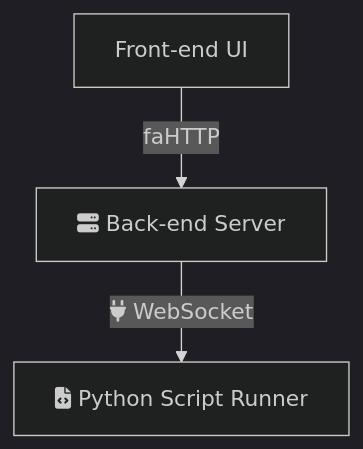
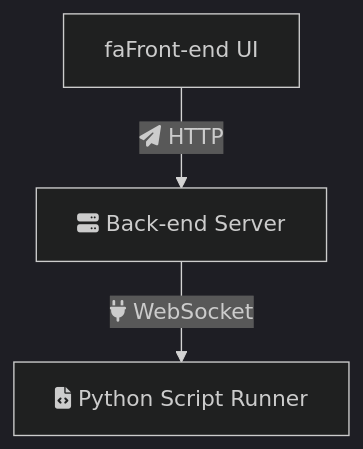
One commit to AlkeySheng/iodraw-files changed the diagram in all/未命名.md. Above: the diagram before and after it, drawn with Mermaid (dark theme).

Commit message:
2024-05-20 15:00:35 update

````diff
--- a/all/未命名.md
+++ b/all/未命名.md
@@ -1,6 +1,6 @@
 ```mermaid
 graph TD
-    A[Front-end UI] -->|faHTTP| B[fa:fa-server Back-end Server]
+    A[faFront-end UI] -->|fa:fa-paper-plane HTTP| B[fa:fa-server Back-end Server]
     B -->|fa:fa-plug WebSocket| C[fa:fa-file-code Python Script Runner]
 
 ```
````
